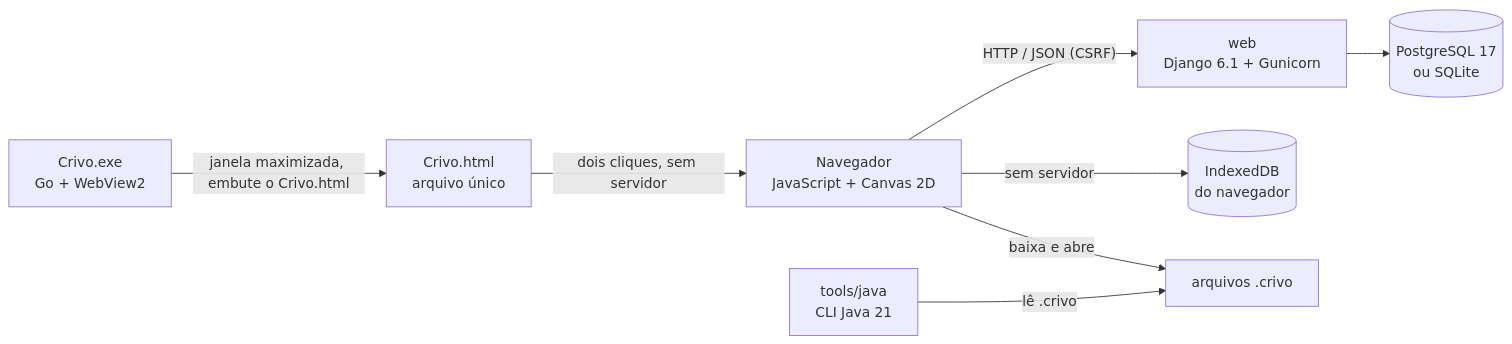
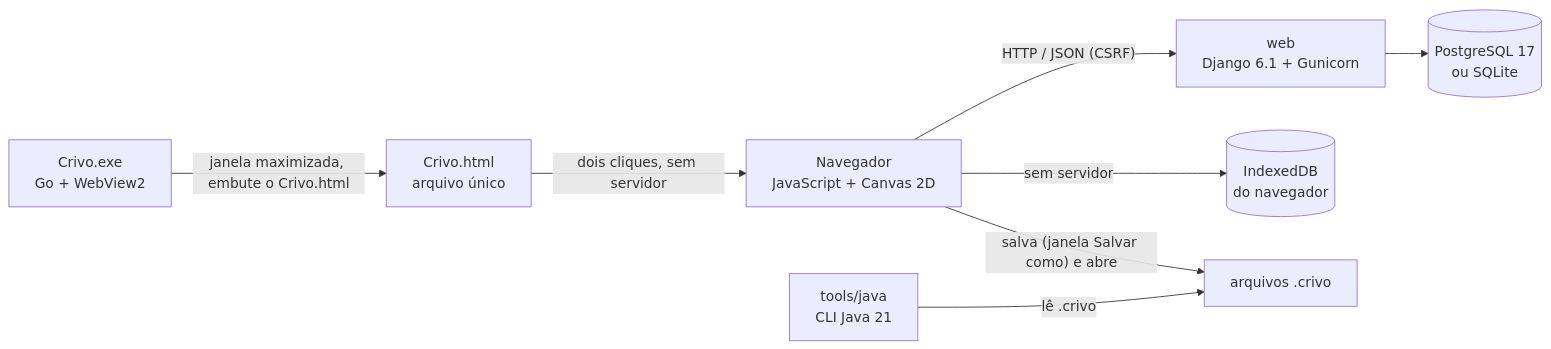
One commit to ravelroot/Pixel-Art-Matrix-Editor changed the diagram in README.md. Above: the diagram before and after it, drawn with Mermaid. The commit also changed other lines of this file and 24 other files, not shown here.

````diff
--- a/README.md
+++ b/README.md
@@ -175,10 +218,10 @@
 ```mermaid
 flowchart LR
     EXE["Crivo.exe<br/>Go + WebView2"] -- "janela maximizada, embute o Crivo.html" --> HTML
     HTML["Crivo.html<br/>arquivo único"] -- "dois cliques, sem servidor" --> UI
     UI["Navegador<br/>JavaScript + Canvas 2D"] -- "HTTP / JSON (CSRF)" --> WEB["web<br/>Django 6.1 + Gunicorn"]
     UI -- "sem servidor" --> IDB[("IndexedDB<br/>do navegador")]
     WEB --> PG[("PostgreSQL 17<br/>ou SQLite")]
     CLI["tools/java<br/>CLI Java 21"] -- "lê .crivo" --> ARQ["arquivos .crivo"]
-    UI -- "baixa e abre" --> ARQ
+    UI -- "salva (janela Salvar como) e abre" --> ARQ
 ```
````
